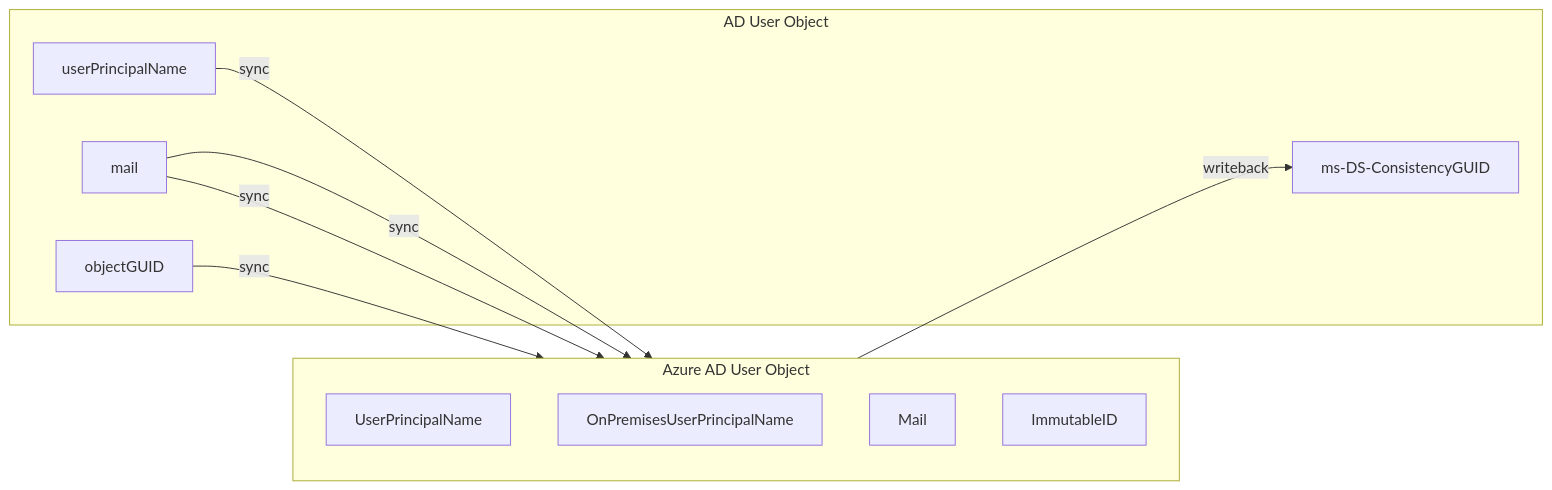
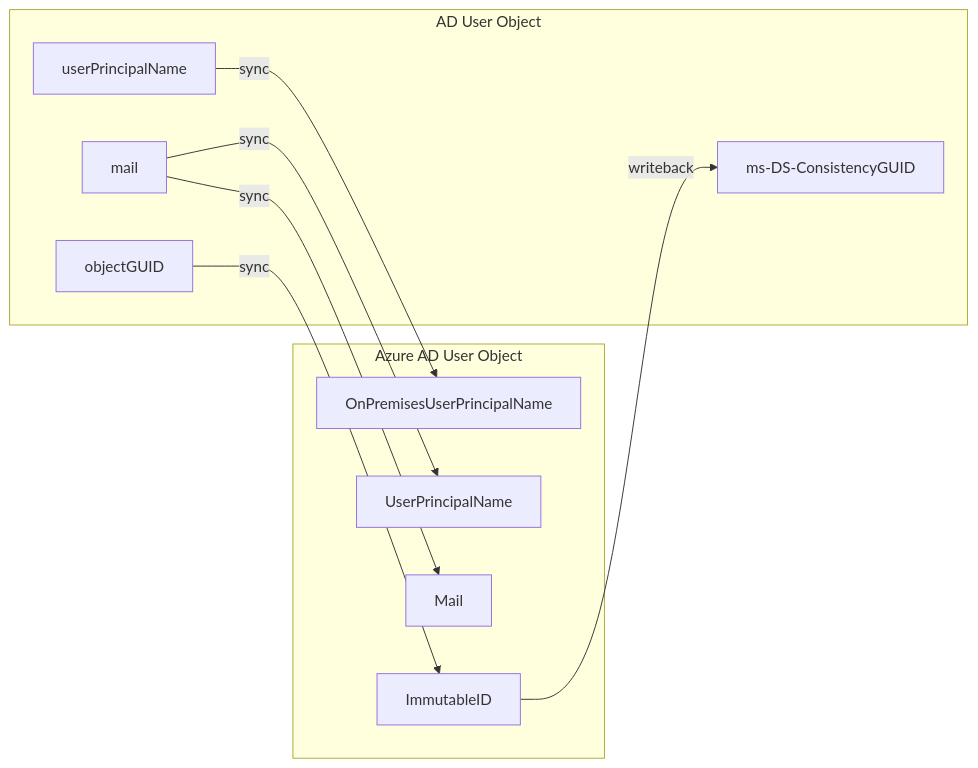
Before and after one commit to amasse3/AzureAD-Baseline-MLZ: the diagram in doc/AAD-CertificateBasedAuthentication-DODPKI.md, drawn with Mermaid.

`````diff
--- a/doc/AAD-CertificateBasedAuthentication-DODPKI.md
+++ b/doc/AAD-CertificateBasedAuthentication-DODPKI.md
@@ -28,20 +28,19 @@
 ````mermaid
 flowchart LR
     subgraph Azure AD User Object
-    direction TB
     UserPrincipalName
     OnPremisesUserPrincipalName
     Mail
     ImmutableID
     end
     subgraph AD User Object
     userPrincipalName
     mail
     ms-DS-ConsistencyGUID
     objectGUID
     end
     userPrincipalName--sync-->OnPremisesUserPrincipalName
     mail--sync-->UserPrincipalName
     mail--sync-->Mail
     objectGUID--sync-->ImmutableID--writeback-->ms-DS-ConsistencyGUID
 ````
`````
